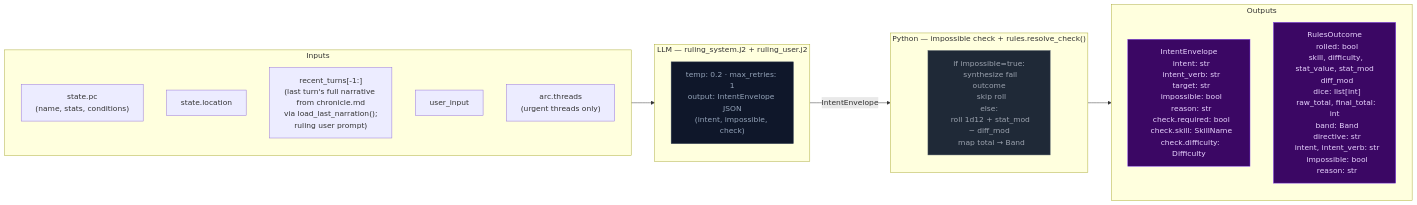
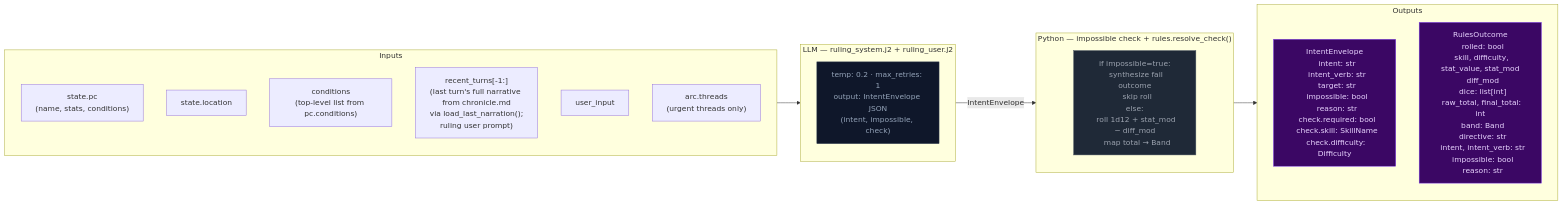
One commit to pww217/fablethread changed the first of 3 diagrams in docs/architecture/step0-ruling.md. Above: the diagram before and after it, drawn with Mermaid. The commit also changed 17 other files, not shown here.

````diff
--- a/docs/architecture/step0-ruling.md
+++ b/docs/architecture/step0-ruling.md
@@ -8,32 +8,33 @@
 ```mermaid
 flowchart LR
     classDef stageRules fill:#4c1d95,color:#ddd6fe,stroke:#7c3aed
     classDef llmNode    fill:#0f172a,color:#94a3b8,stroke:#334155
     classDef pyNode     fill:#1f2937,color:#9ca3af,stroke:#4b5563
     classDef outNode    fill:#3b0764,color:#e9d5ff,stroke:#7c3aed
 
     subgraph IN["Inputs"]
         I1["state.pc<br>(name, stats, conditions)"]
         I2["state.location"]
-        I3["recent_turns[-1:]<br>(last turn's full narrative from chronicle.md<br>via load_last_narration();<br>ruling user prompt)"]
-        I4["user_input"]
-        I5["arc.threads<br>(urgent threads only)"]
+        I3["conditions<br>(top-level list from pc.conditions)"]
+        I4["recent_turns[-1:]<br>(last turn's full narrative from chronicle.md<br>via load_last_narration();<br>ruling user prompt)"]
+        I5["user_input"]
+        I6["arc.threads<br>(urgent threads only)"]
     end
 
     subgraph LLM0["LLM — ruling_system.j2 + ruling_user.j2"]
         L0["temp: 0.2 · max_retries: 1<br>output: IntentEnvelope JSON<br>(intent, impossible, check)"]:::llmNode
     end
 
     subgraph PYRES["Python — impossible check + rules.resolve_check()"]
         P0["if impossible=true:<br>  synthesize fail outcome<br>  skip roll<br>else:<br>  roll 1d12 + stat_mod − diff_mod<br>  map total → Band"]:::pyNode
     end
 
     subgraph OUT["Outputs"]
         O1["IntentEnvelope<br>  intent: str<br>  intent_verb: str<br>  target: str<br>  impossible: bool<br>  reason: str<br>  check.required: bool<br>  check.skill: SkillName<br>  check.difficulty: Difficulty"]:::outNode
         O2["RulesOutcome<br>  rolled: bool<br>  skill, difficulty, stat_value, stat_mod<br>  diff_mod<br>  dice: list[int]<br>  raw_total, final_total: int<br>  band: Band<br>  directive: str<br>  intent, intent_verb: str<br>  impossible: bool<br>  reason: str"]:::outNode
     end
 
     IN --> LLM0
     LLM0 -- "IntentEnvelope" --> PYRES
     PYRES --> OUT
 ```
````
